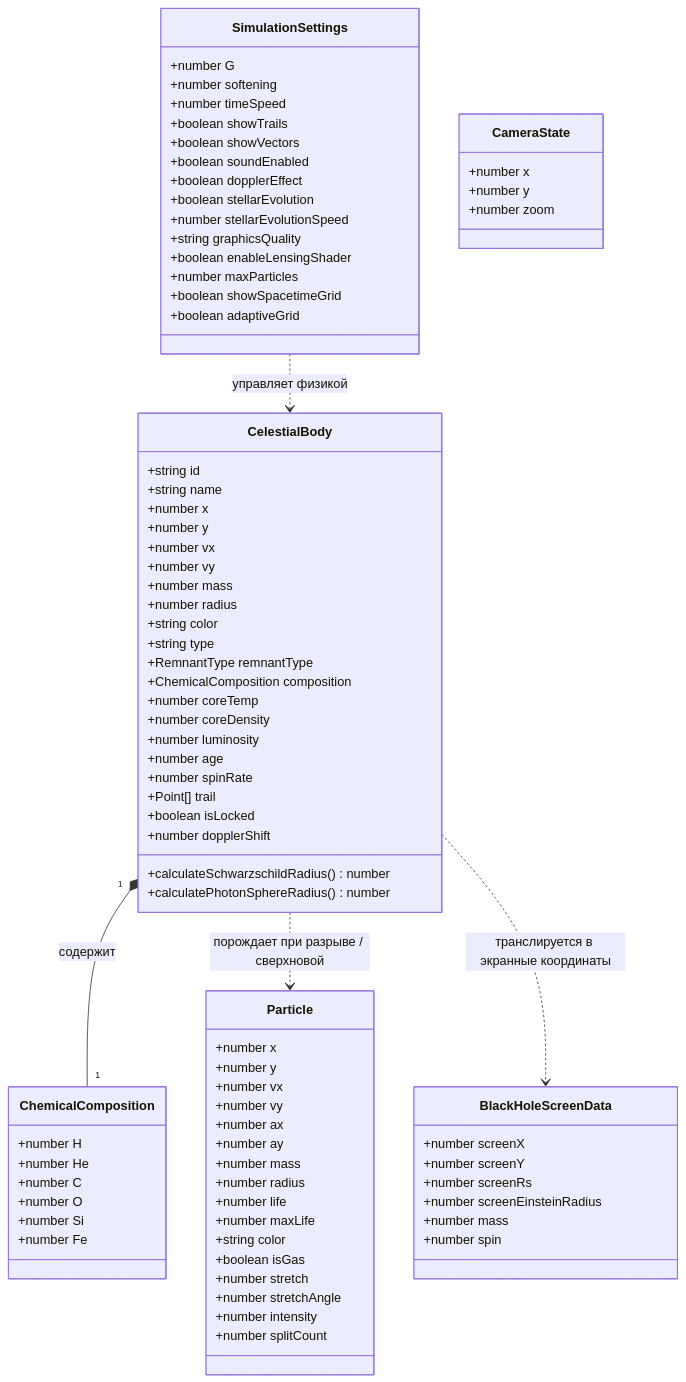
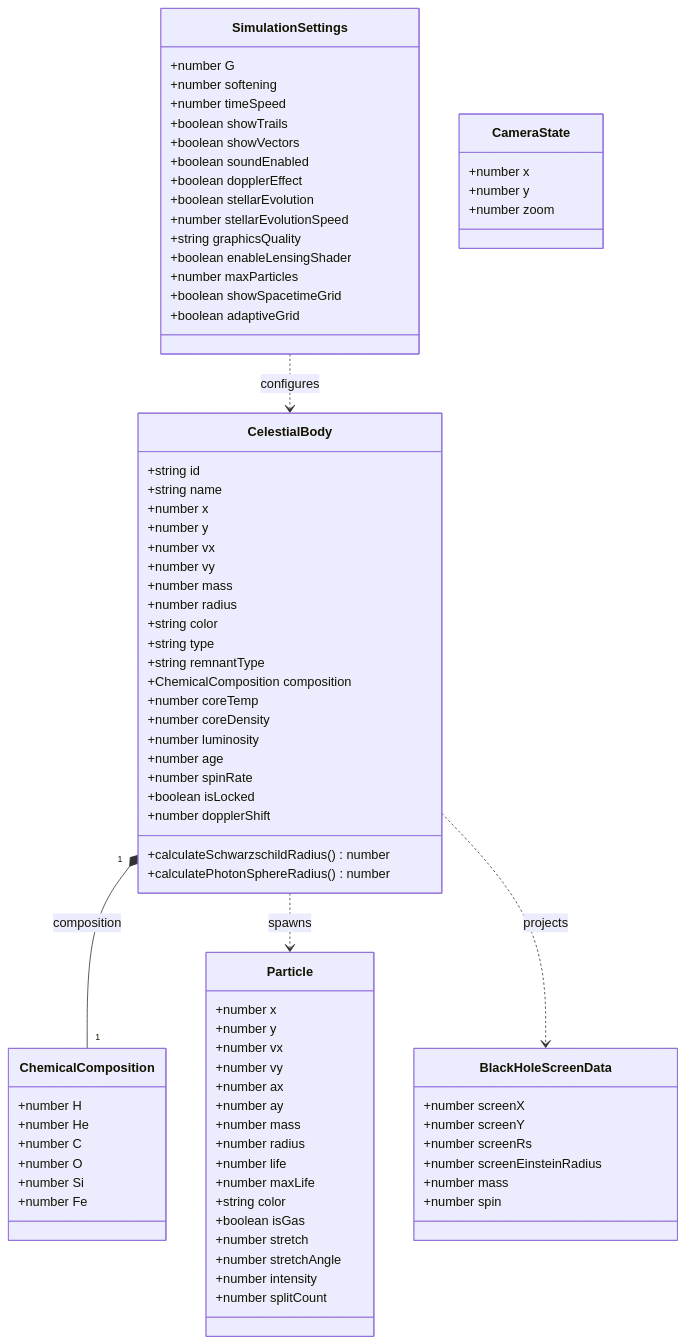
One commit to bobPingvin/stellargenesis changed the first of 11 diagrams in diagrams-overview.md. Above: the diagram before and after it, drawn with Mermaid. The commit also changed other lines of this file, not shown here.

````diff
--- a/diagrams-overview.md
+++ b/diagrams-overview.md
@@ -60,14 +60,13 @@
         +number radius
         +string color
         +string type
-        +RemnantType remnantType
+        +string remnantType
         +ChemicalComposition composition
         +number coreTemp
         +number coreDensity
         +number luminosity
         +number age
         +number spinRate
-        +Point[] trail
         +boolean isLocked
         +number dopplerShift
         +calculateSchwarzschildRadius() number
@@ -134,8 +133,8 @@
         +number spin
     }
 
-    CelestialBody "1" *-- "1" ChemicalComposition : содержит
-    CelestialBody ..> Particle : порождает при разрыве / сверхновой
-    CelestialBody ..> BlackHoleScreenData : транслируется в экранные координаты
-    SimulationSettings ..> CelestialBody : управляет физикой
+    CelestialBody "1" *-- "1" ChemicalComposition : composition
+    CelestialBody ..> Particle : spawns
+    CelestialBody ..> BlackHoleScreenData : projects
+    SimulationSettings ..> CelestialBody : configures
 ```
````
